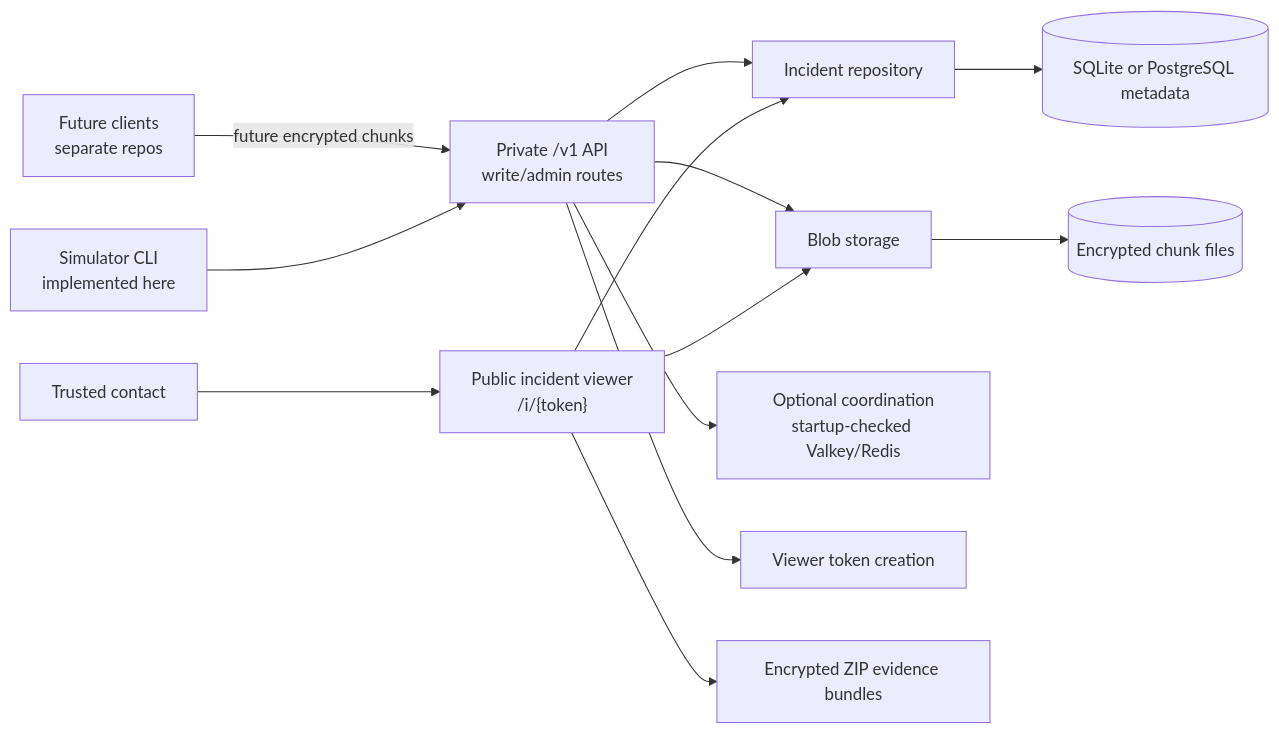
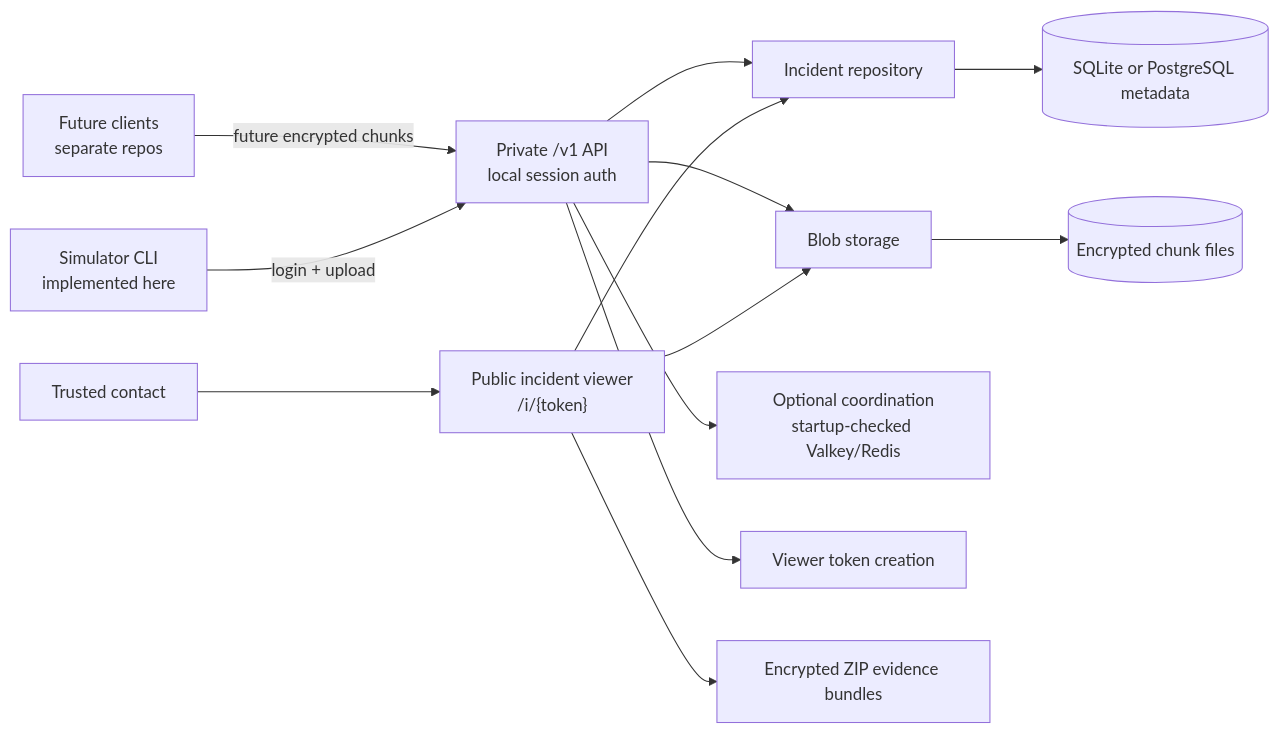
One commit to open-proofline/server changed the first of 4 diagrams in docs/architecture.md. Above: the diagram before and after it, drawn with Mermaid. The commit also changed other lines of this file and 75 other files, not shown here.

Commit message:
Implement v1 local account auth

````diff
--- a/docs/architecture.md
+++ b/docs/architecture.md
@@ -18,15 +18,15 @@
 ```mermaid
 flowchart LR
-    FutureClients["Future clients<br/>separate repos"] -->|"future encrypted chunks"| PrivateAPI["Private /v1 API<br/>write/admin routes"]
-    Simulator["Simulator CLI<br/>implemented here"] --> PrivateAPI
+    FutureClients["Future clients<br/>separate repos"] -->|"future encrypted chunks"| PrivateAPI["Private /v1 API<br/>local session auth"]
+    Simulator["Simulator CLI<br/>implemented here"] -->|"login + upload"| PrivateAPI
     PrivateAPI --> Repo["Incident repository"]
     Repo --> DB[(SQLite or PostgreSQL metadata)]
     PrivateAPI --> Store["Blob storage"]
     Store --> Files[(Encrypted chunk files)]
     PrivateAPI --> Coord["Optional coordination<br/>startup-checked Valkey/Redis"]
     PrivateAPI --> Token["Viewer token creation"]
     Contact["Trusted contact"] --> Viewer["Public incident viewer<br/>/i/{token}"]
     Viewer --> Repo
     Viewer --> Store
     Viewer --> Bundle["Encrypted ZIP evidence bundles"]
 ```
````
